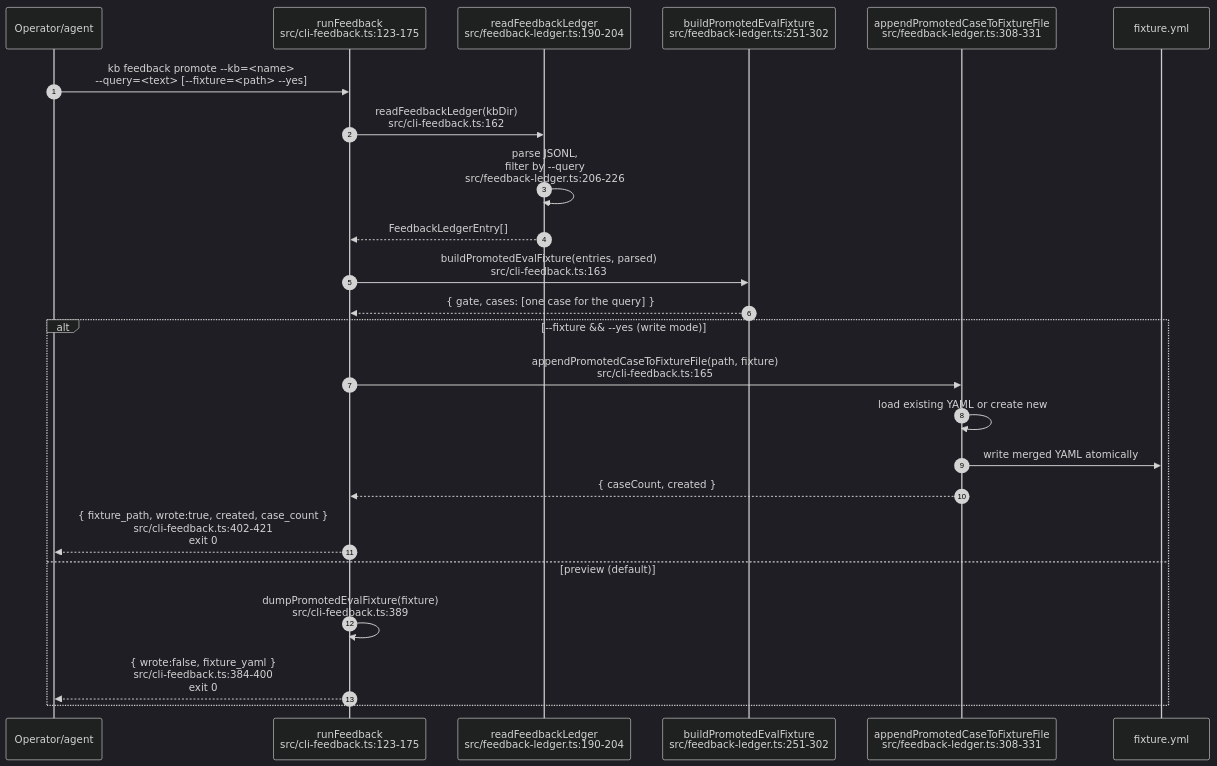
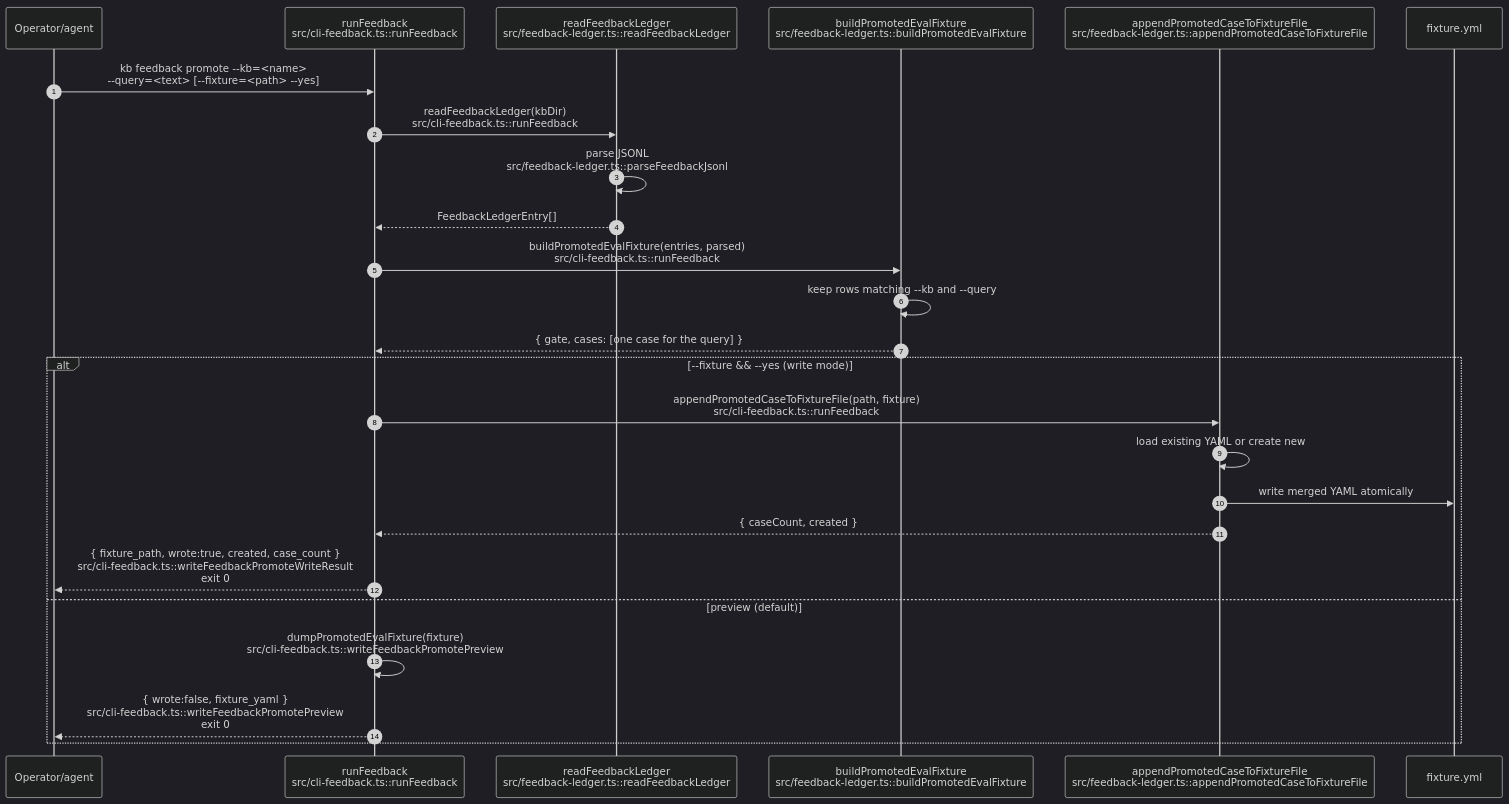
One commit to jeanibarz/knowledge-base-mcp-server changed the second of 2 diagrams in docs/architecture/sequence-feedback-promote.md. Above: the diagram before and after it, drawn with Mermaid (dark theme). The commit also changed other lines of this file and 2 other files, not shown here.

First line of the commit message:
docs(feedback): cover kb feedback summary in FR/TS-436; symbol anchors in sequence doc (#1322)

````diff
--- a/docs/architecture/sequence-feedback-promote.md
+++ b/docs/architecture/sequence-feedback-promote.md
@@ -47,28 +53,29 @@
 ```mermaid
 sequenceDiagram
   autonumber
   participant Op as Operator/agent
-  participant Cli as runFeedback<br/>src/cli-feedback.ts:123-175
-  participant Read as readFeedbackLedger<br/>src/feedback-ledger.ts:190-204
-  participant Build as buildPromotedEvalFixture<br/>src/feedback-ledger.ts:251-302
-  participant Append as appendPromotedCaseToFixtureFile<br/>src/feedback-ledger.ts:308-331
+  participant Cli as runFeedback<br/>src/cli-feedback.ts::runFeedback
+  participant Read as readFeedbackLedger<br/>src/feedback-ledger.ts::readFeedbackLedger
+  participant Build as buildPromotedEvalFixture<br/>src/feedback-ledger.ts::buildPromotedEvalFixture
+  participant Append as appendPromotedCaseToFixtureFile<br/>src/feedback-ledger.ts::appendPromotedCaseToFixtureFile
   participant FS as fixture.yml
 
   Op->>Cli: kb feedback promote --kb=<name><br/>--query=<text> [--fixture=<path> --yes]
-  Cli->>Read: readFeedbackLedger(kbDir)<br/>src/cli-feedback.ts:162
-  Read->>Read: parse JSONL,<br/>filter by --query<br/>src/feedback-ledger.ts:206-226
+  Cli->>Read: readFeedbackLedger(kbDir)<br/>src/cli-feedback.ts::runFeedback
+  Read->>Read: parse JSONL<br/>src/feedback-ledger.ts::parseFeedbackJsonl
   Read-->>Cli: FeedbackLedgerEntry[]
-  Cli->>Build: buildPromotedEvalFixture(entries, parsed)<br/>src/cli-feedback.ts:163
+  Cli->>Build: buildPromotedEvalFixture(entries, parsed)<br/>src/cli-feedback.ts::runFeedback
+  Build->>Build: keep rows matching --kb and --query
   Build-->>Cli: { gate, cases: [one case for the query] }
 
   alt --fixture && --yes (write mode)
-    Cli->>Append: appendPromotedCaseToFixtureFile(path, fixture)<br/>src/cli-feedback.ts:165
+    Cli->>Append: appendPromotedCaseToFixtureFile(path, fixture)<br/>src/cli-feedback.ts::runFeedback
     Append->>Append: load existing YAML or create new
     Append->>FS: write merged YAML atomically
     Append-->>Cli: { caseCount, created }
-    Cli-->>Op: { fixture_path, wrote:true, created, case_count }<br/>src/cli-feedback.ts:402-421<br/>exit 0
+    Cli-->>Op: { fixture_path, wrote:true, created, case_count }<br/>src/cli-feedback.ts::writeFeedbackPromoteWriteResult<br/>exit 0
   else preview (default)
-    Cli->>Cli: dumpPromotedEvalFixture(fixture)<br/>src/cli-feedback.ts:389
-    Cli-->>Op: { wrote:false, fixture_yaml }<br/>src/cli-feedback.ts:384-400<br/>exit 0
+    Cli->>Cli: dumpPromotedEvalFixture(fixture)<br/>src/cli-feedback.ts::writeFeedbackPromotePreview
+    Cli-->>Op: { wrote:false, fixture_yaml }<br/>src/cli-feedback.ts::writeFeedbackPromotePreview<br/>exit 0
   end
 ```
````
